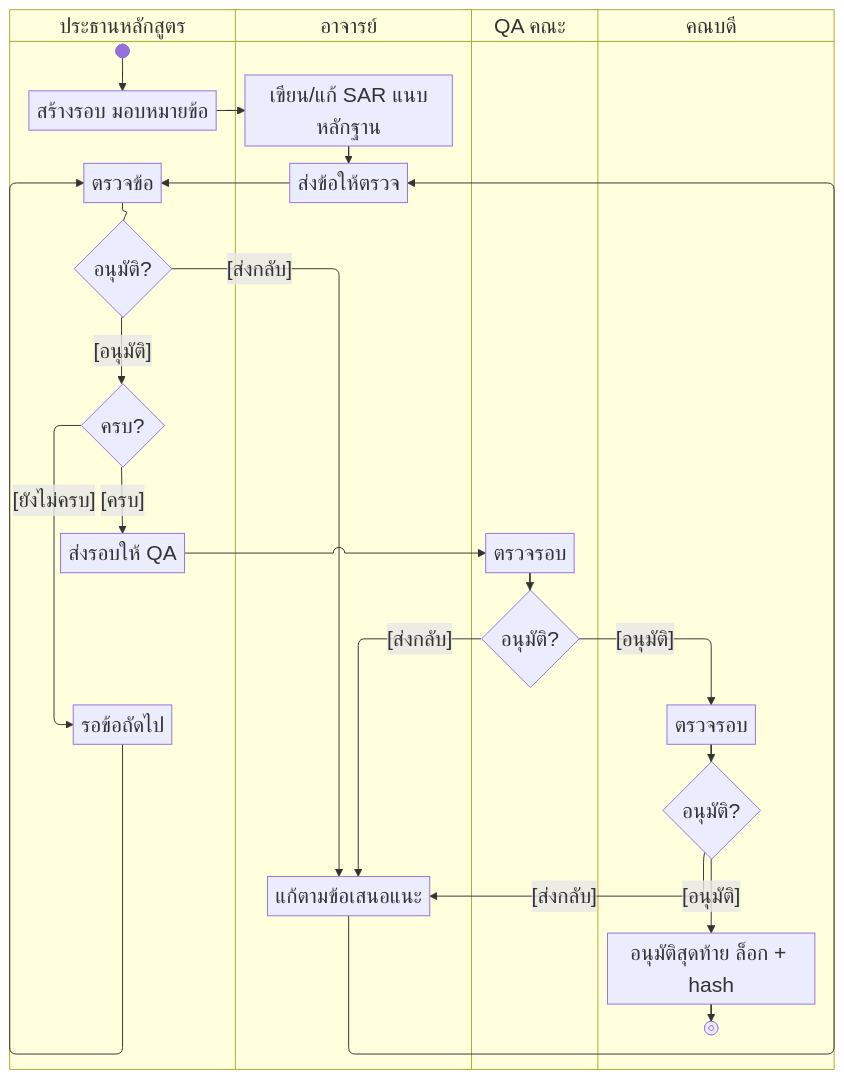
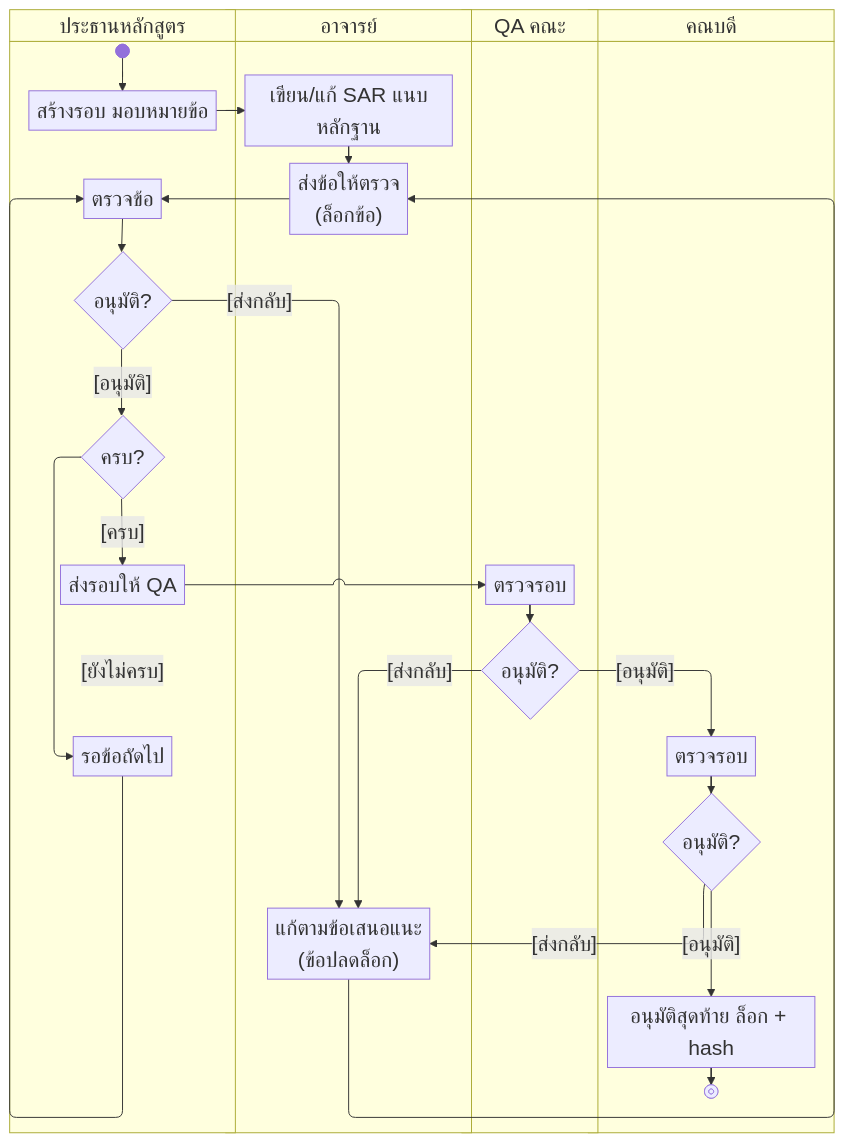
Before and after one commit to sunthanathza5566/project-mockup: the diagram in docs/diagrams/act-sar-lifecycle.mmd, drawn with Mermaid. The commit also changed 15 other files, not shown here.

Commit message:
docs(TASK-0002): UML set updated for redesign, onboarding, notification deep links

```diff
--- a/docs/diagrams/act-sar-lifecycle.mmd
+++ b/docs/diagrams/act-sar-lifecycle.mmd
@@ -1,38 +1,38 @@
-%% source: eduflow-next/lib/api/workflow.ts:27-48 (CYCLE/SECTION_TRANSITIONS), 181-229 (transitionCycle: ทุกข้ออนุมัติ, lock + snapshotHash), 318-365 (transitionSection); sar.store.ts:159-184 (submit/approve/return); cycle.store.ts:33,130 (createCycle, assignSections) | task: TASK-0001 | updated: 2026-10-22
+%% source: eduflow-next/lib/api/workflow.ts:27-50 (CYCLE/SECTION_TRANSITIONS), 78-99 (assertSectionEditable/assertSectionsEditable: ข้อที่ส่งตรวจ/อนุมัติแล้วล็อก narrative คะแนน การผูกหลักฐาน), 181-229 (transitionCycle: ทุกข้ออนุมัติ, lock + snapshotHash), 318-365 (transitionSection); sar.store.ts:159-184; evidence.store.ts:163,272,299; cycle.store.ts:33,130 | task: TASK-0002 | updated: 2026-10-27
 %%{init: {"themeVariables": {"fontSize": "22px"}, "flowchart": {"nodeSpacing": 15, "rankSpacing": 18, "padding": 4}}}%%
 swimlane-beta TB
   subgraph Chair["ประธานหลักสูตร"]
     S@{ shape: f-circ, label: "เริ่ม" }
     A1[สร้างรอบ มอบหมายข้อ]
     A2[ตรวจข้อ]
     D1@{ shape: diam, label: "อนุมัติ?" }
     D2@{ shape: diam, label: "ครบ?" }
     W[รอข้อถัดไป]
     A3[ส่งรอบให้ QA]
   end
   subgraph Lecturer["อาจารย์"]
     L1[เขียน/แก้ SAR แนบหลักฐาน]
-    L2[ส่งข้อให้ตรวจ]
-    L3[แก้ตามข้อเสนอแนะ]
+    L2["ส่งข้อให้ตรวจ<br/>(ล็อกข้อ)"]
+    L3["แก้ตามข้อเสนอแนะ<br/>(ข้อปลดล็อก)"]
   end
   subgraph QA["QA คณะ"]
     Q1[ตรวจรอบ]
     D3@{ shape: diam, label: "อนุมัติ?" }
   end
   subgraph Dean["คณบดี"]
     N1[ตรวจรอบ]
     D4@{ shape: diam, label: "อนุมัติ?" }
     N2[อนุมัติสุดท้าย ล็อก + hash]
     E@{ shape: fr-circ, label: "สิ้นสุด" }
   end
   S --> A1 --> L1 --> L2 --> A2 --> D1
   D1 -- "[ส่งกลับ]" --> L3
   D1 -- "[อนุมัติ]" --> D2
   D2 -- "[ยังไม่ครบ]" --> W
   W --> A2
   D2 -- "[ครบ]" --> A3 --> Q1 --> D3
   D3 -- "[ส่งกลับ]" --> L3
   D3 -- "[อนุมัติ]" --> N1 --> D4
   D4 -- "[ส่งกลับ]" --> L3
   D4 -- "[อนุมัติ]" --> N2 --> E
   L3 --> L2
```
